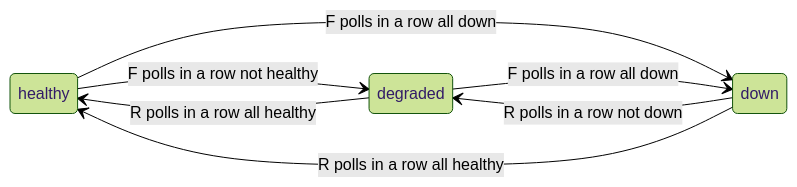
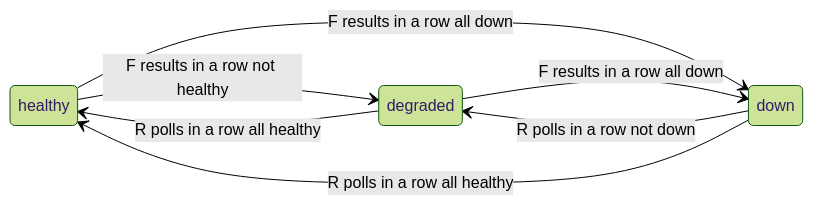
Before and after one commit to dumbL4d/network-analyser: the first of 3 diagrams in docs/algorithms.md, drawn with Mermaid (forest theme). The commit also changed other lines of this file and 40 other files, not shown here.

````diff
--- a/docs/algorithms.md
+++ b/docs/algorithms.md
@@ -132,10 +141,10 @@
 ```mermaid
 stateDiagram-v2
     direction LR
-    healthy --> degraded: F polls in a row not healthy
-    healthy --> down: F polls in a row all down
-    degraded --> down: F polls in a row all down
+    healthy --> degraded: F results in a row not healthy
+    healthy --> down: F results in a row all down
+    degraded --> down: F results in a row all down
     down --> degraded: R polls in a row not down
     degraded --> healthy: R polls in a row all healthy
     down --> healthy: R polls in a row all healthy
 ```
````
